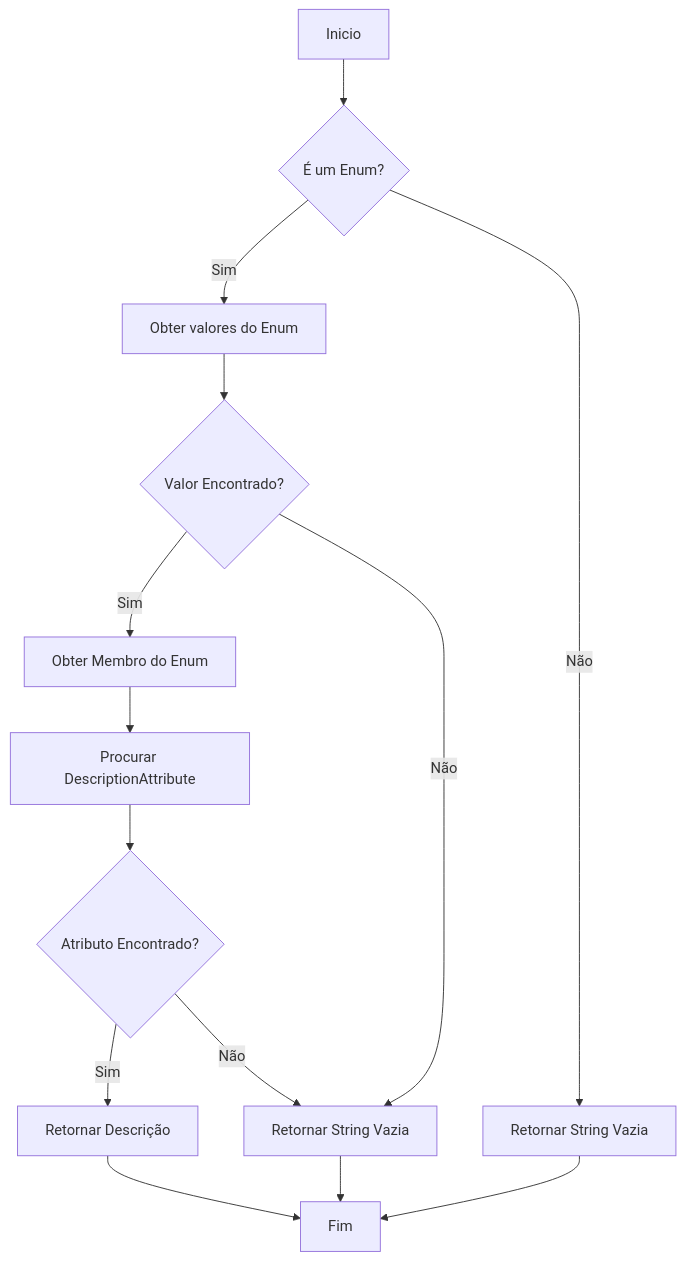
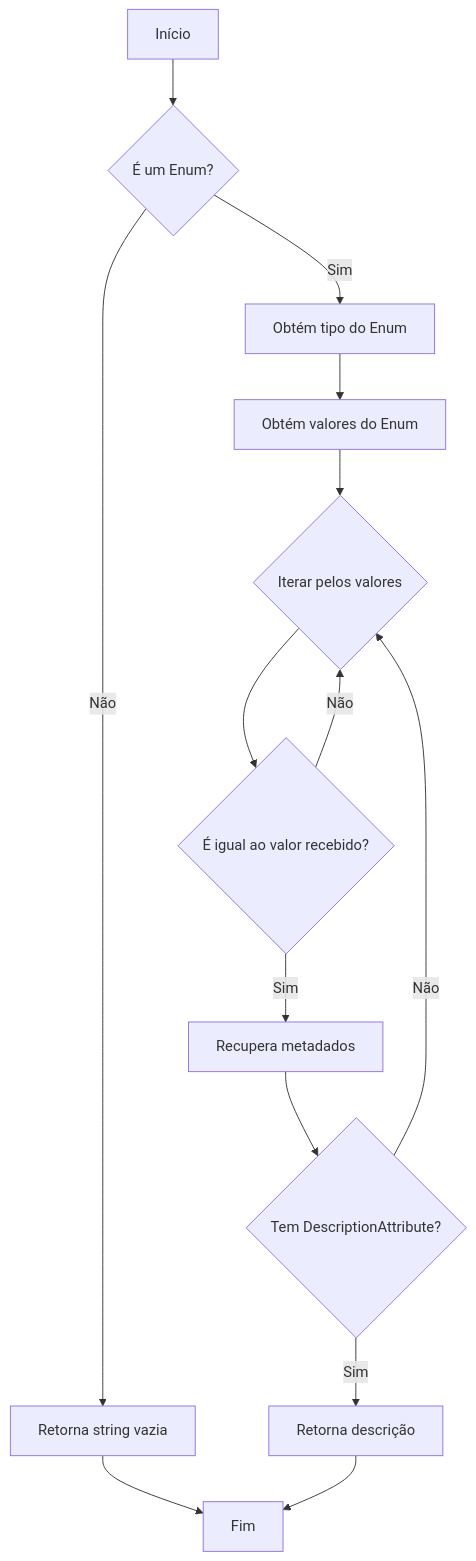
The first of 2 diagrams in docs/b2b-dominio/IsthmusWinthor.Nucleo/IsthmusWinthor.Dominio/Enumeradores/UtilEnumDescription.md (IsthmusSistemas/documentacao-tecnica), drawn with Mermaid before and after one commit. The commit also changed other lines of this file and 882 other files, not shown here.

````diff
--- a/docs/b2b-dominio/IsthmusWinthor.Nucleo/IsthmusWinthor.Dominio/Enumeradores/UtilEnumDescription.md
+++ b/docs/b2b-dominio/IsthmusWinthor.Nucleo/IsthmusWinthor.Dominio/Enumeradores/UtilEnumDescription.md
@@ -21,16 +23,16 @@
 ```mermaid
 flowchart TD
-    A[Inicio] --> B{É um Enum?}
-    B -- Sim --> C[Obter valores do Enum]
-    B -- Não --> D[Retornar String Vazia]
-    C --> E{Valor Encontrado?}
-    E -- Sim --> F[Obter Membro do Enum]
-    F --> G[Procurar DescriptionAttribute]
-    G --> H{Atributo Encontrado?}
-    H -- Sim --> I[Retornar Descrição]
-    H -- Não --> J[Retornar String Vazia]
-    E -- Não --> J
+    A[Início] --> B{É um Enum?}
+    B -- Sim --> C[Obtém tipo do Enum]
+    B -- Não --> D[Retorna string vazia]
+    C --> E[Obtém valores do Enum]
+    E --> F{Iterar pelos valores}
+    F --> G{É igual ao valor recebido?}
+    G -- Sim --> H[Recupera metadados]
+    G -- Não --> F
+    H --> I{Tem DescriptionAttribute?}
+    I -- Sim --> J[Retorna descrição]
+    I -- Não --> F
     D --> K[Fim]
     J --> K
-    I --> K
 ```
````
